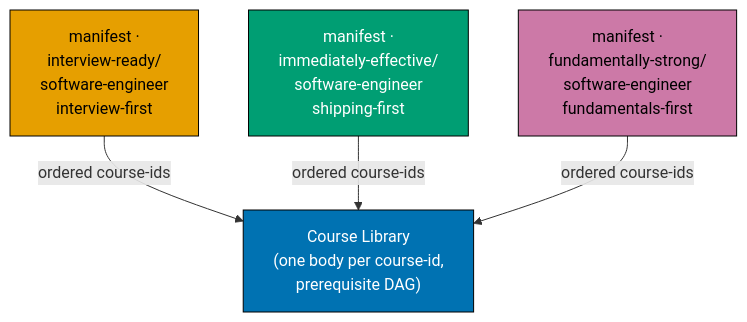
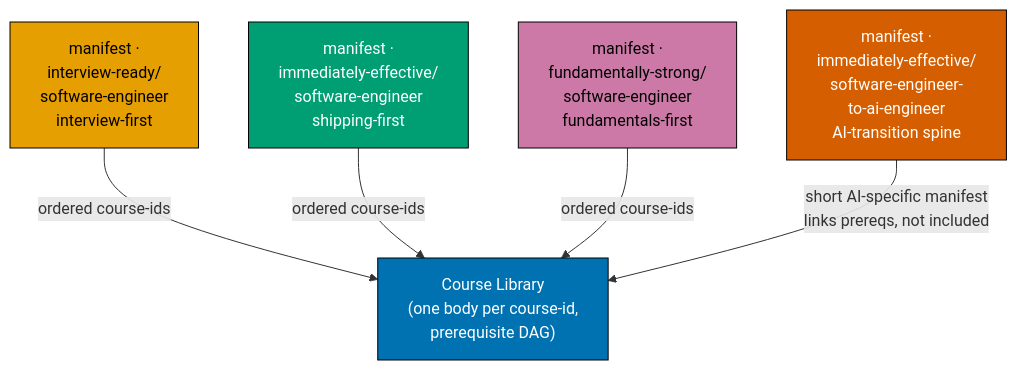
Before and after one commit to wahidyankf/baseerah: the diagram in plans/in-progress/fundamentally-strong-shared-course-tracks/syllabus/README.md, drawn with Mermaid. The commit also changed other lines of this file and 24 other files, not shown here.

First line of the commit message:
feat(plans): add immediately-effective/software-engineer-to-ai-engineer path

````diff
--- a/plans/in-progress/fundamentally-strong-shared-course-tracks/syllabus/README.md
+++ b/plans/in-progress/fundamentally-strong-shared-course-tracks/syllabus/README.md
@@ -23,15 +23,18 @@
 ```mermaid
 flowchart TD
     LIB["Course Library<br/>(one body per course-id,<br/>prerequisite DAG)"]:::lib
     IR["manifest ·<br/>interview-ready/<br/>software-engineer<br/>interview-first"]:::ir
     IE["manifest ·<br/>immediately-effective/<br/>software-engineer<br/>shipping-first"]:::ie
     FS["manifest ·<br/>fundamentally-strong/<br/>software-engineer<br/>fundamentals-first"]:::fs
+    AI["manifest ·<br/>immediately-effective/<br/>software-engineer-<br/>to-ai-engineer<br/>AI-transition spine"]:::ai
     IR -->|ordered course-ids| LIB
     IE -->|ordered course-ids| LIB
     FS -->|ordered course-ids| LIB
+    AI -->|short AI-specific manifest<br/>links prereqs, not included| LIB
 
     classDef lib fill:#0072B2,stroke:#000,color:#fff
     classDef ir fill:#E69F00,stroke:#000,color:#000
     classDef ie fill:#009E73,stroke:#000,color:#fff
     classDef fs fill:#CC79A7,stroke:#000,color:#000
+    classDef ai fill:#D55E00,stroke:#000,color:#fff
 ```
````
